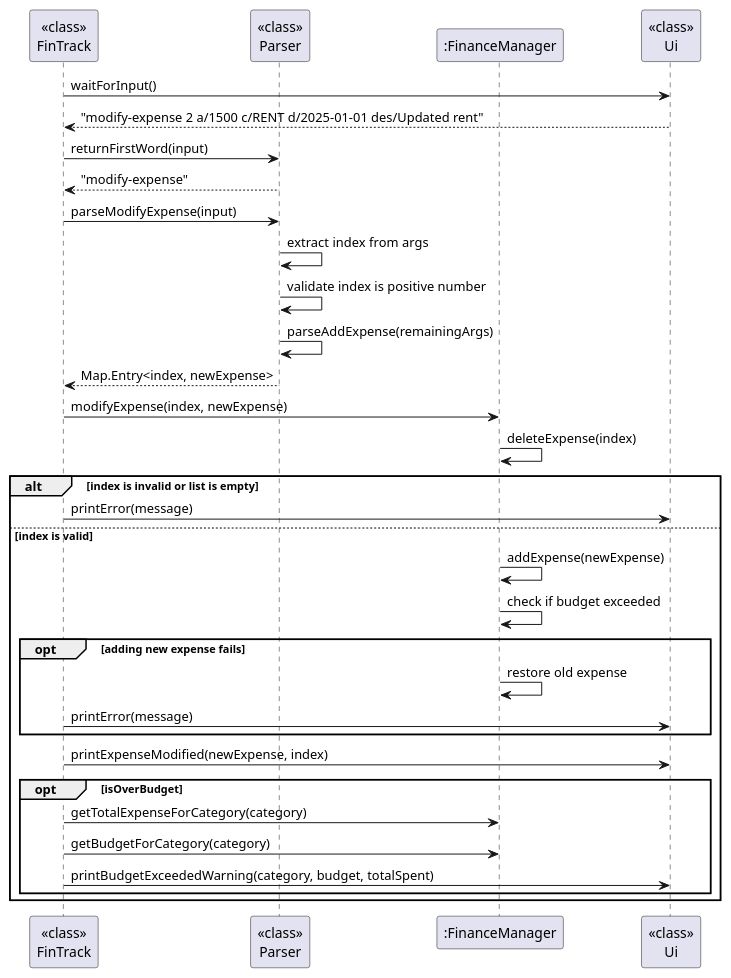
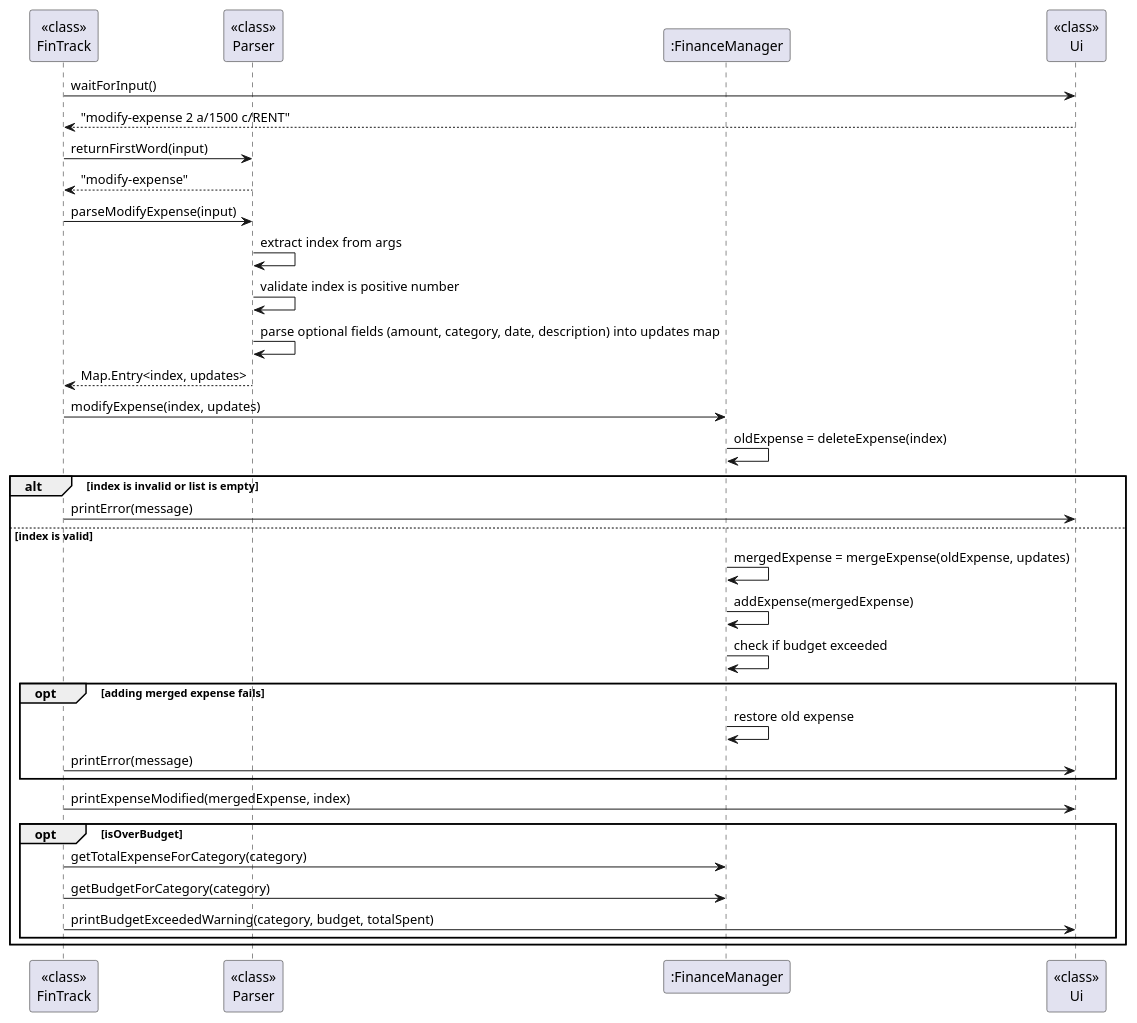
Before and after one commit to AY2526S1-CS2113-W12-4/tp: the diagram in docs/diagrams/modify_expense.puml, drawn with PlantUML. The commit also changed 3 other files, not shown here.

Commit message:
Update puml diagrams to reflect modify command change

```diff
--- a/docs/diagrams/modify_expense.puml
+++ b/docs/diagrams/modify_expense.puml
@@ -1,42 +1,43 @@
 @startuml
 participant "<<class>>\nFinTrack" as FT
 participant "<<class>>\nParser" as P
 participant ":FinanceManager" as FM
 participant "<<class>>\nUi" as UI
 
 FT -> UI: waitForInput()
-UI --> FT: "modify-expense 2 a/1500 c/RENT d/2025-01-01 des/Updated rent"
+UI --> FT: "modify-expense 2 a/1500 c/RENT"
 
 FT -> P: returnFirstWord(input)
 P --> FT: "modify-expense"
 
 FT -> P: parseModifyExpense(input)
 P -> P: extract index from args
 P -> P: validate index is positive number
-P -> P: parseAddExpense(remainingArgs)
-P --> FT: Map.Entry<index, newExpense>
+P -> P: parse optional fields (amount, category, date, description) into updates map
+P --> FT: Map.Entry<index, updates>
 
-FT -> FM: modifyExpense(index, newExpense)
+FT -> FM: modifyExpense(index, updates)
 
-FM -> FM: deleteExpense(index)
+FM -> FM: oldExpense = deleteExpense(index)
 
 alt index is invalid or list is empty
     FT -> UI: printError(message)
 else index is valid
-    FM -> FM: addExpense(newExpense)
+    FM -> FM: mergedExpense = mergeExpense(oldExpense, updates)
+    FM -> FM: addExpense(mergedExpense)
     FM -> FM: check if budget exceeded
 
-    opt adding new expense fails
+    opt adding merged expense fails
         FM -> FM: restore old expense
         FT -> UI: printError(message)
     end
 
-    FT -> UI: printExpenseModified(newExpense, index)
+    FT -> UI: printExpenseModified(mergedExpense, index)
 
     opt isOverBudget
         FT -> FM: getTotalExpenseForCategory(category)
         FT -> FM: getBudgetForCategory(category)
         FT -> UI: printBudgetExceededWarning(category, budget, totalSpent)
     end
 end
 @enduml
```
